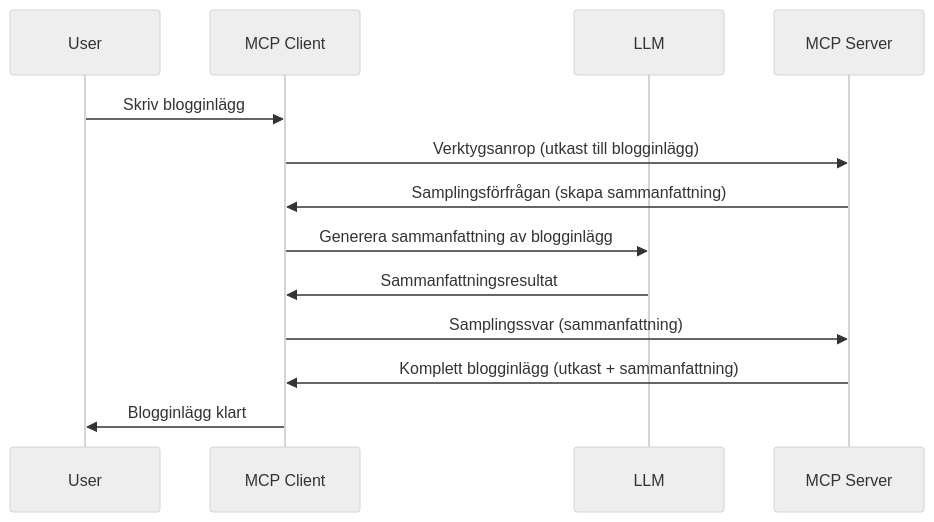
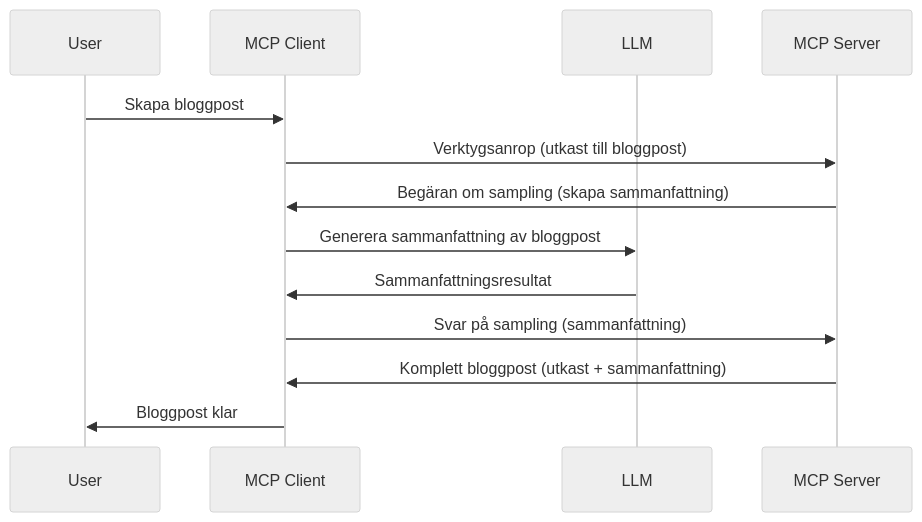
Before and after one commit to HIDORAKAI002/ai-workspace-archive: the diagram in mcp_ecosystem__model_context_protocol/mcp_learning_resources/mcp-for-beginners/translations/sv/03-GettingStarted/14-sampling/README.md, drawn with Mermaid (neutral theme). The commit also changed other lines of this file and 1160 other files, not shown here.

````diff
--- a/mcp_ecosystem__model_context_protocol/mcp_learning_resources/mcp-for-beginners/translations/sv/03-GettingStarted/14-sampling/README.md
+++ b/mcp_ecosystem__model_context_protocol/mcp_learning_resources/mcp-for-beginners/translations/sv/03-GettingStarted/14-sampling/README.md
@@ -23,16 +23,16 @@
 ```mermaid
 sequenceDiagram
     participant User
     participant MCP Client
     participant LLM
     participant MCP Server
 
-    User->>MCP Client: Skriv blogginlägg
-    MCP Client->>MCP Server: Verktygsanrop (utkast till blogginlägg)
-    MCP Server->>MCP Client: Samplingsförfrågan (skapa sammanfattning)
-    MCP Client->>LLM: Generera sammanfattning av blogginlägg
+    User->>MCP Client: Skapa bloggpost
+    MCP Client->>MCP Server: Verktygsanrop (utkast till bloggpost)
+    MCP Server->>MCP Client: Begäran om sampling (skapa sammanfattning)
+    MCP Client->>LLM: Generera sammanfattning av bloggpost
     LLM->>MCP Client: Sammanfattningsresultat
-    MCP Client->>MCP Server: Samplingssvar (sammanfattning)
-    MCP Server->>MCP Client: Komplett blogginlägg (utkast + sammanfattning)
-    MCP Client->>User: Blogginlägg klart
+    MCP Client->>MCP Server: Svar på sampling (sammanfattning)
+    MCP Server->>MCP Client: Komplett bloggpost (utkast + sammanfattning)
+    MCP Client->>User: Bloggpost klar
 ```
````
